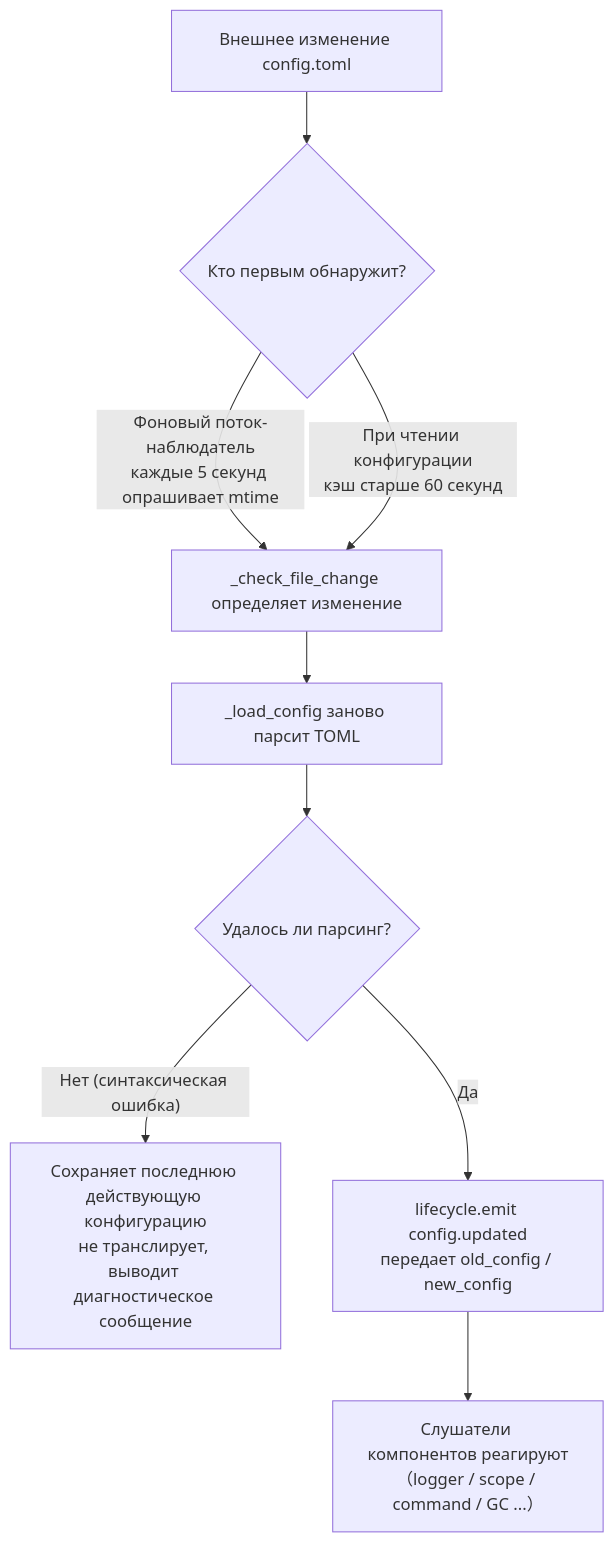
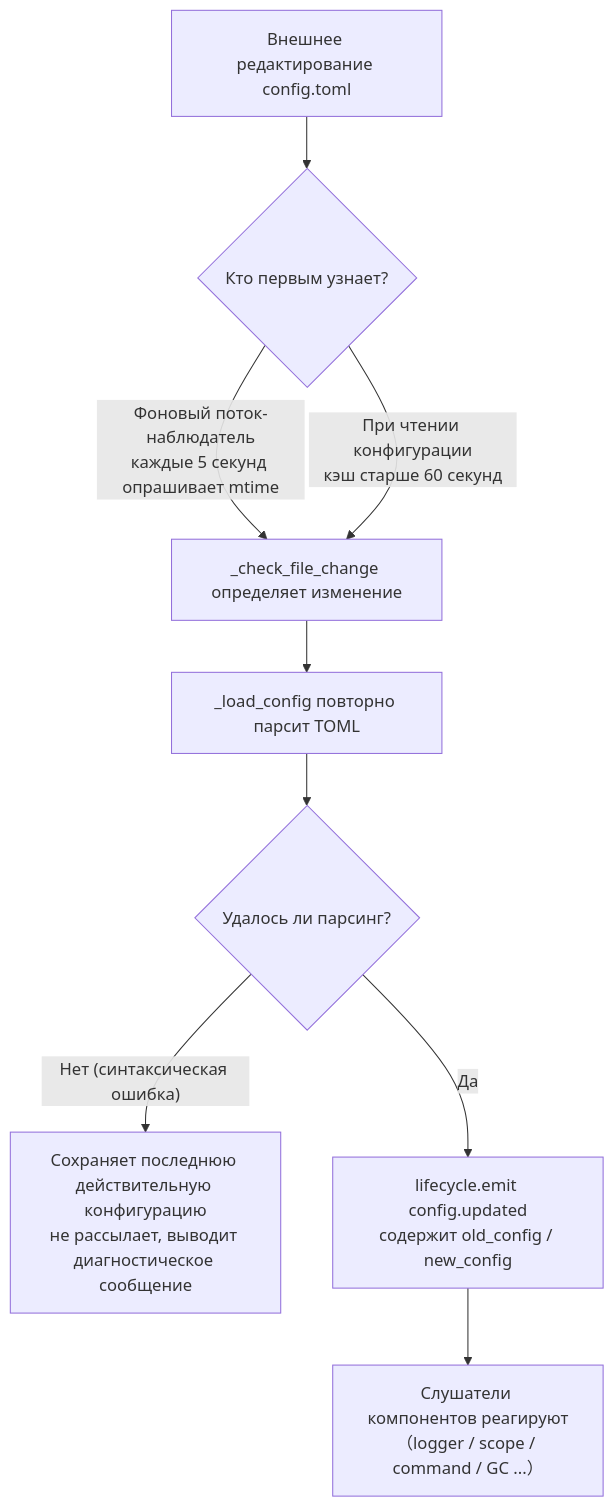
The diagram in docs/ru/user-guide/configuration.md (ErisPulse/ErisPulse), drawn with Mermaid before and after one commit. The commit also changed other lines of this file and 39 other files, not shown here.

````diff
--- a/docs/ru/user-guide/configuration.md
+++ b/docs/ru/user-guide/configuration.md
@@ -134,11 +133,11 @@
 ```mermaid
 flowchart TD
-    A["Внешнее изменение config.toml"] --> B{"Кто первым обнаружит?"}
+    A["Внешнее редактирование config.toml"] --> B{"Кто первым узнает?"}
     B -->|"Фоновый поток-наблюдатель<br/>каждые 5 секунд опрашивает mtime"| C["_check_file_change определяет изменение"]
     B -->|"При чтении конфигурации<br/>кэш старше 60 секунд"| C
-    C --> D["_load_config заново парсит TOML"]
+    C --> D["_load_config повторно парсит TOML"]
     D --> E{"Удалось ли парсинг?"}
-    E -->|"Нет (синтаксическая ошибка)"| F["Сохраняет последнюю действующую конфигурацию<br/>не транслирует, выводит диагностическое сообщение"]
-    E -->|"Да"| G["lifecycle.emit config.updated<br/>передает old_config / new_config"]
+    E -->|"Нет (синтаксическая ошибка)"| F["Сохраняет последнюю действительную конфигурацию<br/>не рассылает, выводит диагностическое сообщение"]
+    E -->|"Да"| G["lifecycle.emit config.updated<br/>содержит old_config / new_config"]
     G --> H["Слушатели компонентов реагируют<br/>（logger / scope / command / GC ...）"]
 ```
````
